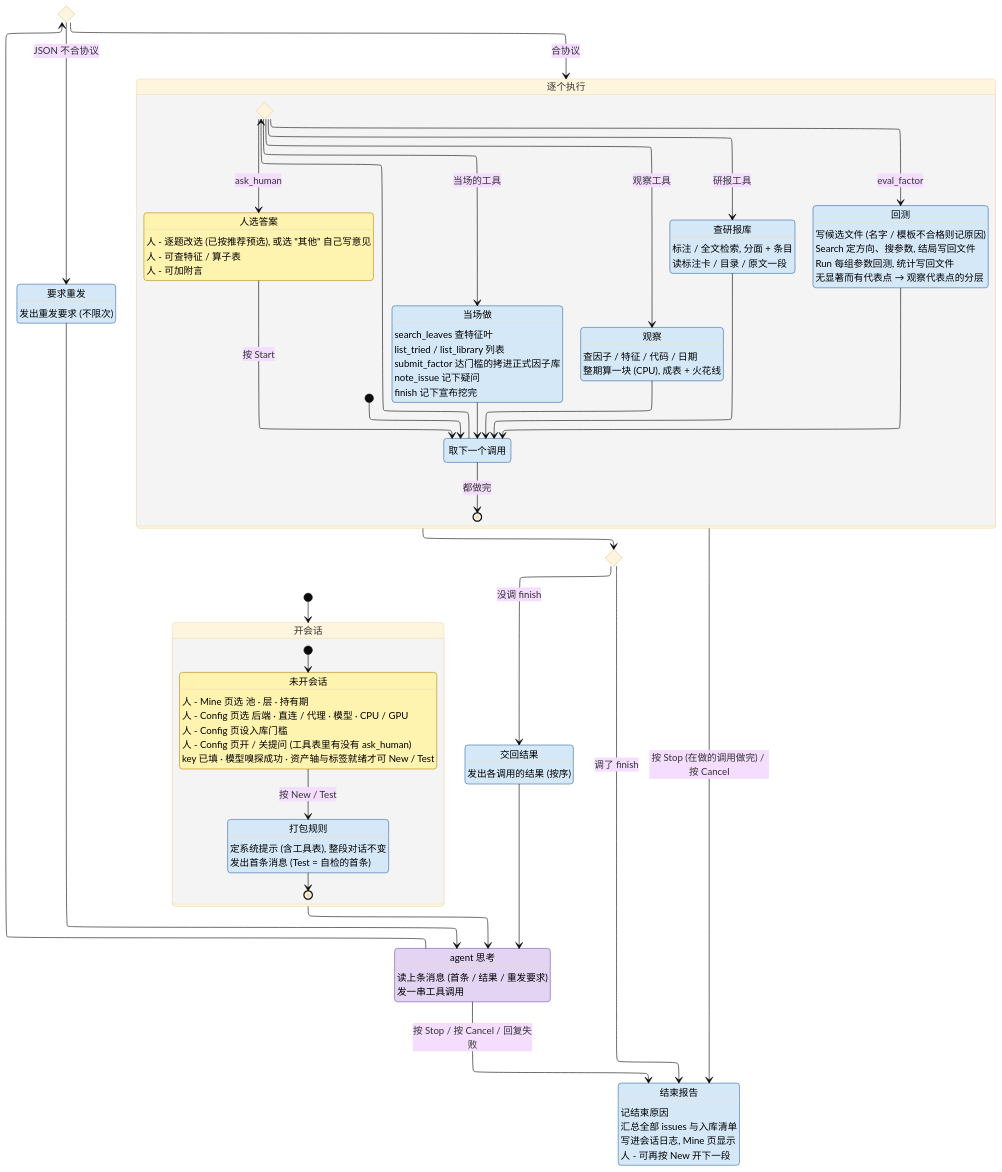
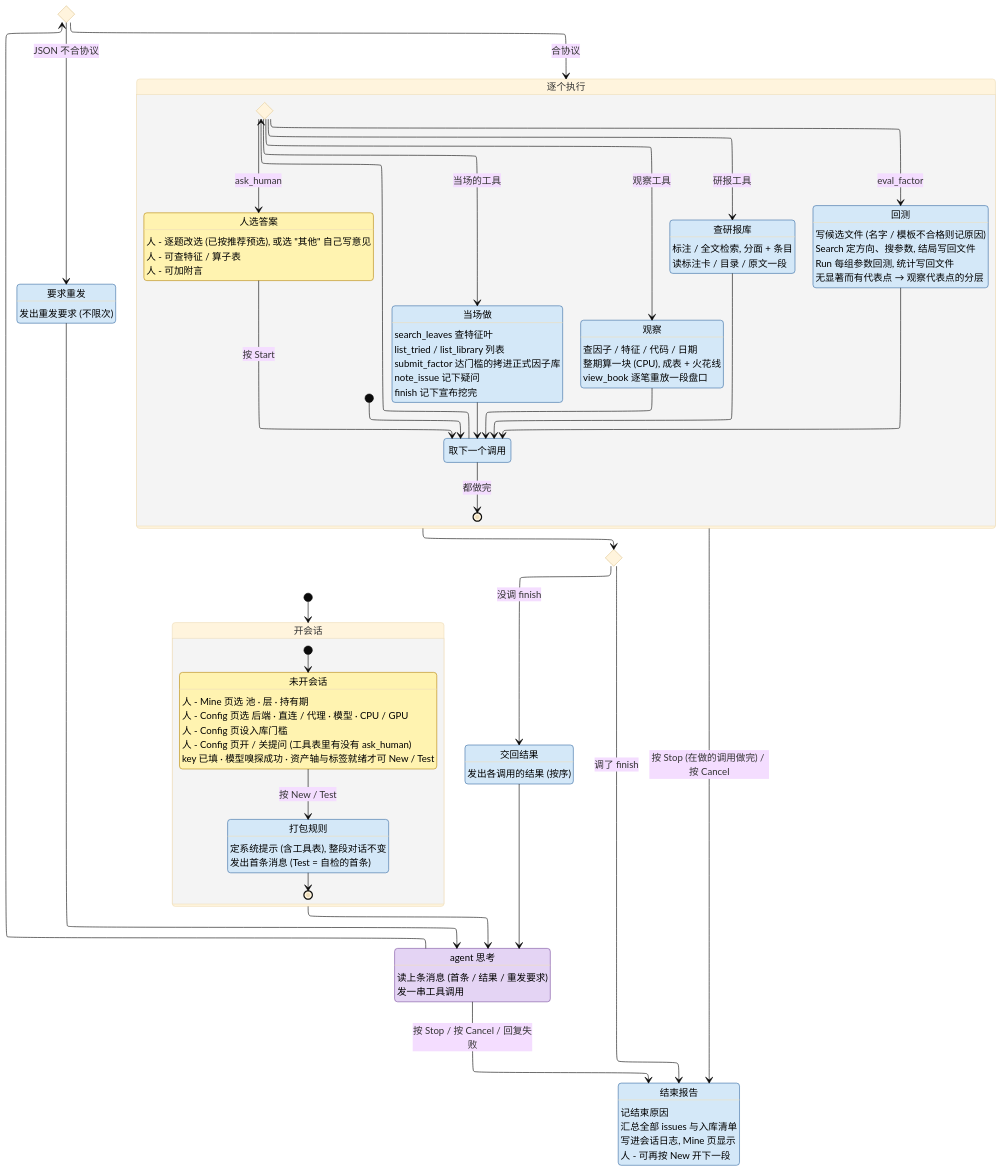
One commit to CoCoMilkyWay/stk changed the diagram in AGENT.md. Above: the diagram before and after it, drawn with Mermaid (base theme). The commit also changed other lines of this file and 23 other files, not shown here.

```diff
--- a/AGENT.md
+++ b/AGENT.md
@@ -79,6 +79,7 @@
         state "观察" as Look
         Look : 查因子 / 特征 / 代码 / 日期
         Look : 整期算一块 (CPU), 成表 + 火花线
+        Look : view_book 逐笔重放一段盘口
         state "查研报库" as Docs
         Docs : 标注 / 全文检索, 分面 + 条目
         Docs : 读标注卡 / 目录 / 原文一段
```
